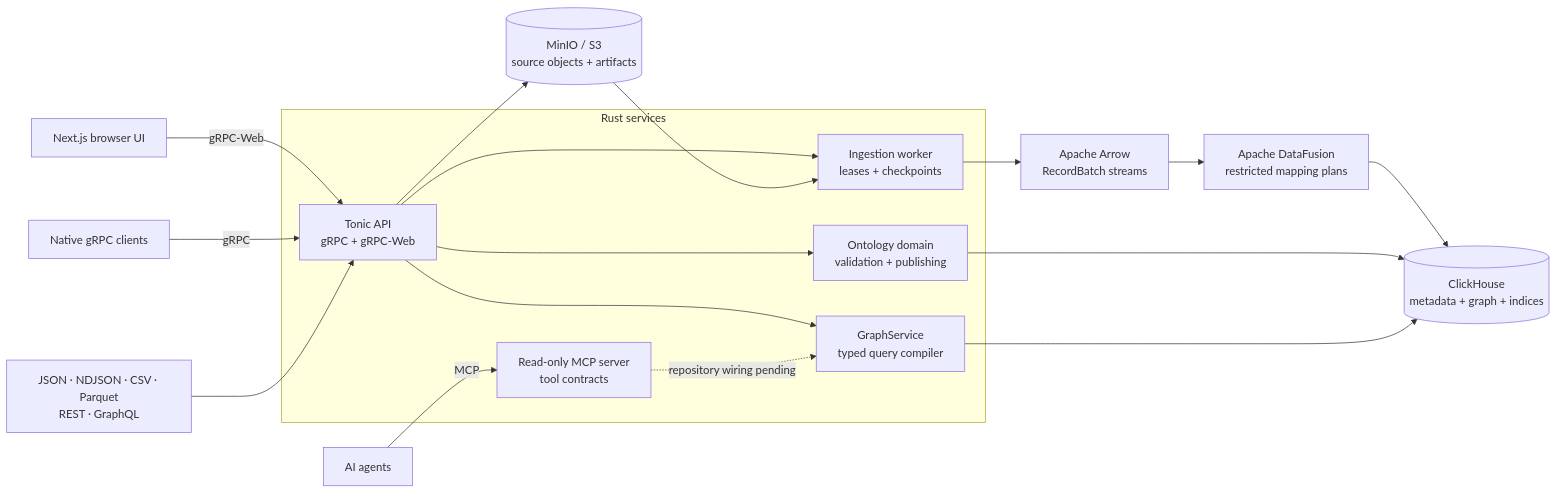
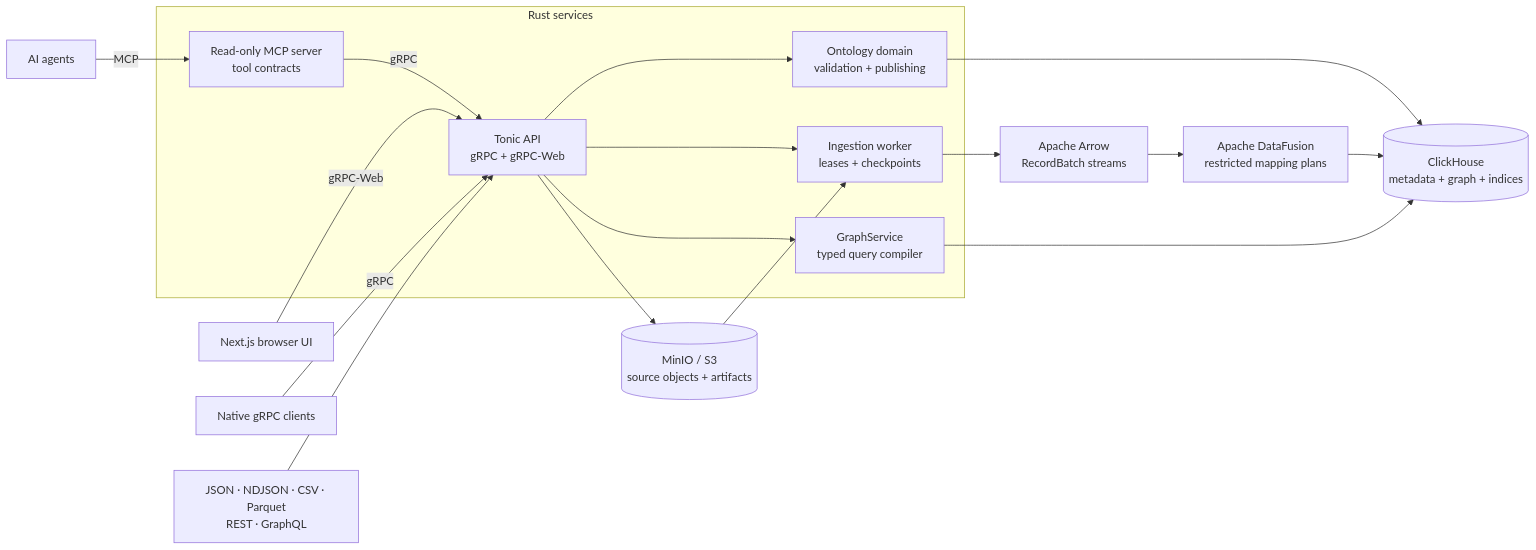
One commit to sisekipp/Context-Hub changed the first of 3 diagrams in README.md. Above: the diagram before and after it, drawn with Mermaid. The commit also changed other lines of this file and 4 other files, not shown here.

Commit message:
feat: connect MCP tools to graph services

````diff
--- a/README.md
+++ b/README.md
@@ -120,34 +121,34 @@
 ```mermaid
 flowchart LR
     Browser["Next.js browser UI"]
     Native["Native gRPC clients"]
     Agent["AI agents"]
     Sources["JSON · NDJSON · CSV · Parquet<br/>REST · GraphQL"]
 
     subgraph Rust["Rust services"]
         API["Tonic API<br/>gRPC + gRPC-Web"]
         Domain["Ontology domain<br/>validation + publishing"]
         Worker["Ingestion worker<br/>leases + checkpoints"]
         Graph["GraphService<br/>typed query compiler"]
         MCP["Read-only MCP server<br/>tool contracts"]
     end
 
     Arrow["Apache Arrow<br/>RecordBatch streams"]
     Fusion["Apache DataFusion<br/>restricted mapping plans"]
     ClickHouse[("ClickHouse<br/>metadata + graph + indices")]
     MinIO[("MinIO / S3<br/>source objects + artifacts")]
 
     Browser -->|"gRPC-Web"| API
     Native -->|"gRPC"| API
     Agent -->|"MCP"| MCP
     API --> Domain
     API --> Worker
     API --> Graph
     Sources --> API
     API --> MinIO
     MinIO --> Worker
     Worker --> Arrow --> Fusion --> ClickHouse
     Domain --> ClickHouse
     Graph --> ClickHouse
-    MCP -. "repository wiring pending" .-> Graph
+    MCP -->|"gRPC"| API
 ```
````
